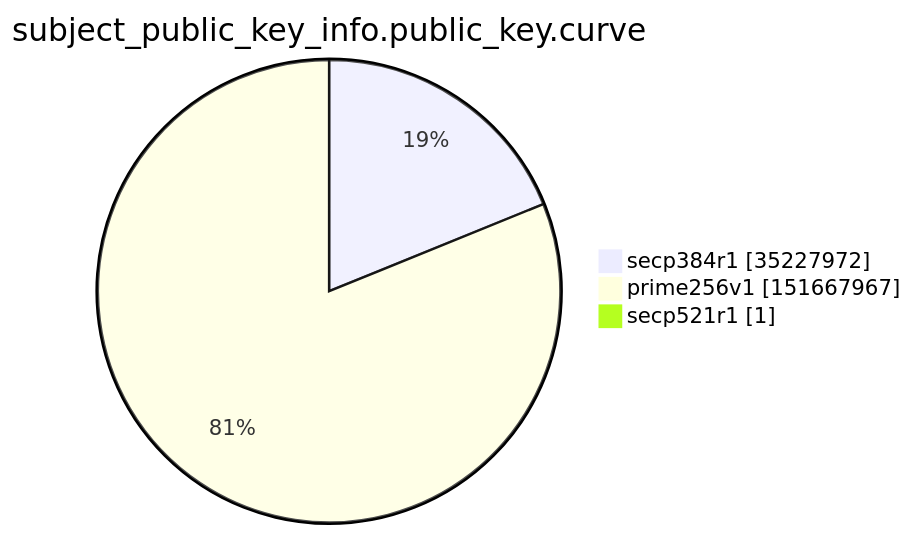
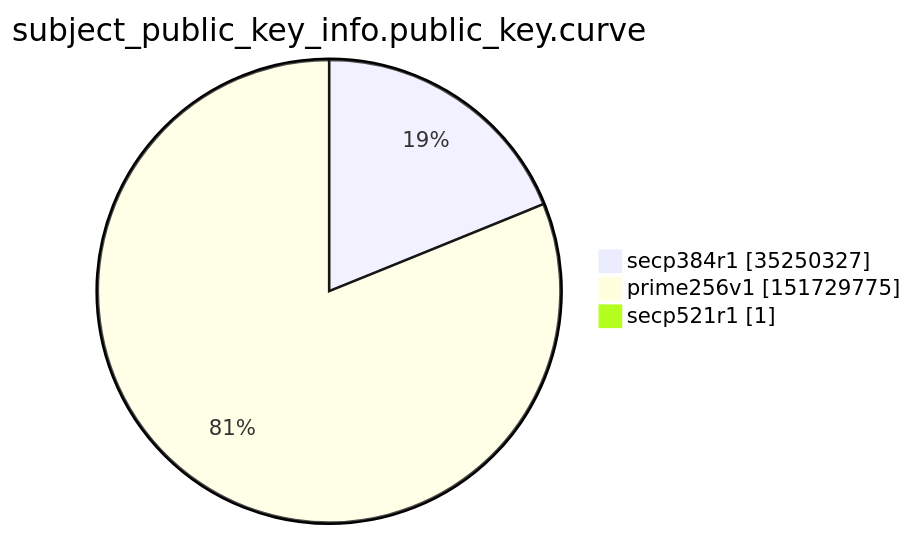
The ninth of 15 diagrams in argon2022/README.md (christiankrug/ctmonitor_visualization), drawn with Mermaid before and after one commit. The commit also changed other lines of this file, not shown here.

````diff
--- a/argon2022/README.md
+++ b/argon2022/README.md
@@ -2765,7 +2765,7 @@
 ```mermaid
 pie showData
 title subject_public_key_info.public_key.curve
-"secp384r1" :35227972
-"prime256v1" :151667967
+"secp384r1" :35250327
+"prime256v1" :151729775
 "secp521r1" :1
 ```
````
